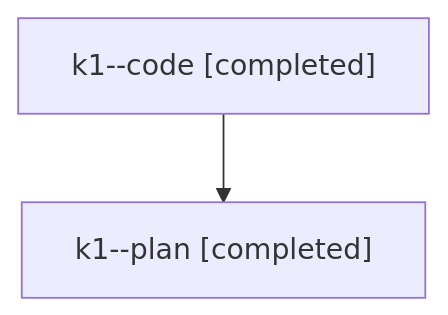
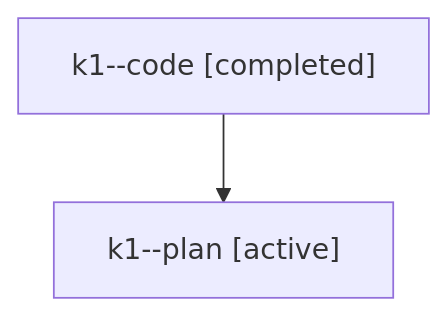
One commit to sase-org/sase--agents changed the diagram in families/bbugyi200.athena.k1.md. Above: the diagram before and after it, drawn with Mermaid. The commit also changed other lines of this file and 8679 other files, not shown here.

````diff
--- a/families/bbugyi200.athena.k1.md
+++ b/families/bbugyi200.athena.k1.md
@@ -9,6 +9,6 @@
 ```mermaid
 flowchart TD
   n0["k1--code [completed]"]
-  n1["k1--plan [completed]"]
+  n1["k1--plan [active]"]
   n0 --> n1
 ```
````
